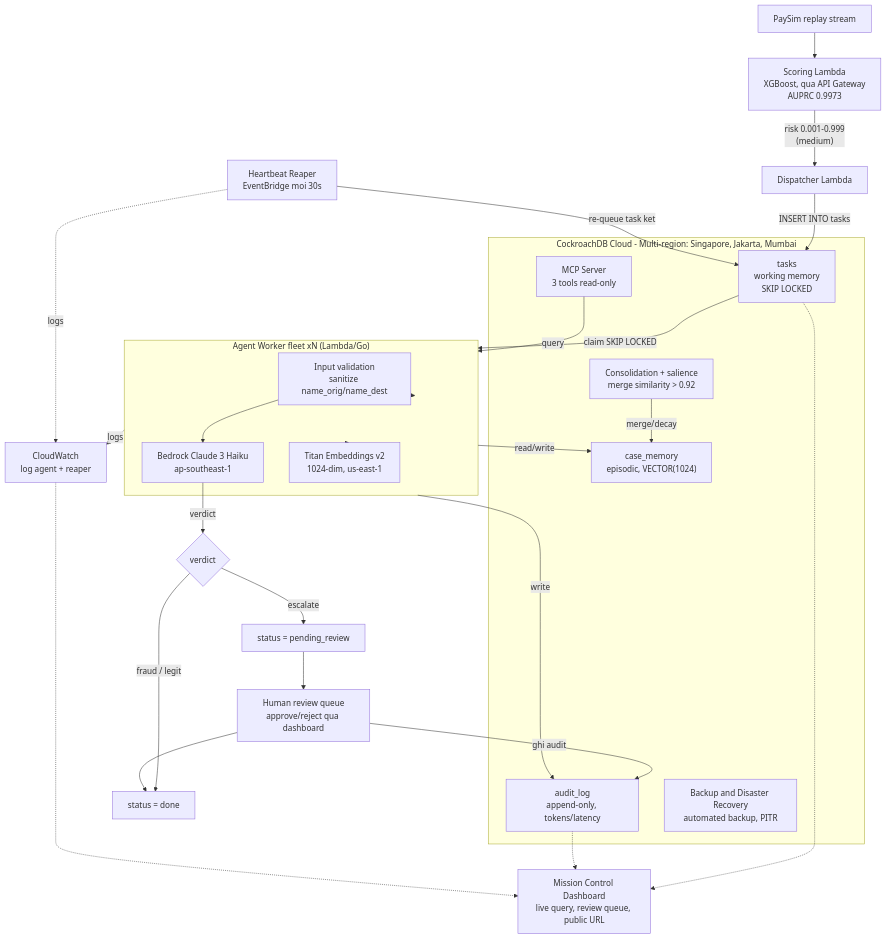
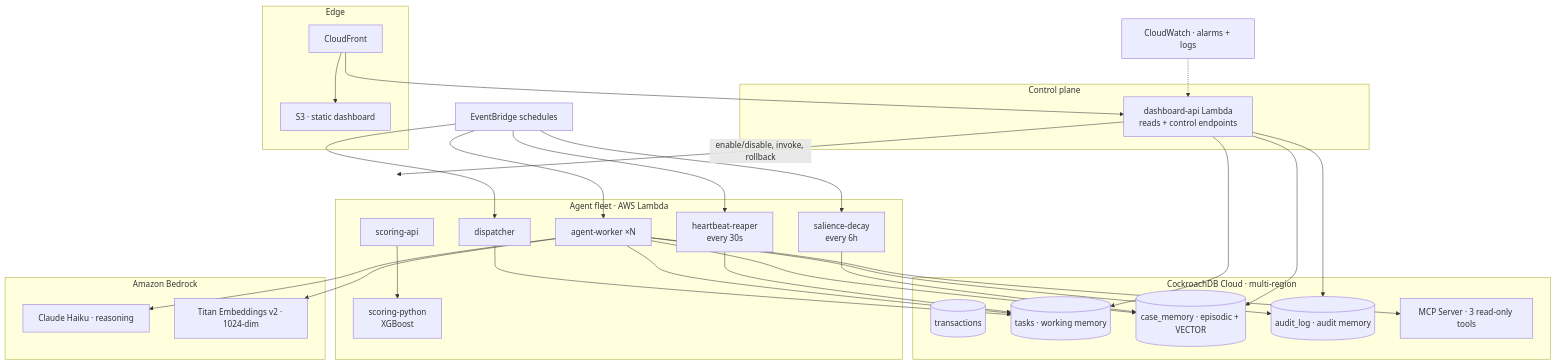
The second of 5 diagrams in README.md (lethingochan27925/hivemind), drawn with Mermaid before and after one commit. The commit also changed other lines of this file and 151 other files, not shown here.

Commit message:
ci: pipeline v2 (107 invariants); fix 502 + escalate root cause; memory lifecycle + UX pass

````diff
--- a/README.md
+++ b/README.md
@@ -90,54 +70,53 @@
 ```mermaid
 flowchart TD
-    Stream["PaySim replay stream"]
-    Scoring["Scoring Lambda<br/>XGBoost, qua API Gateway<br/>AUPRC 0.9973"]
-    Dispatcher["Dispatcher Lambda"]
-
-    Stream --> Scoring
-    Scoring -->|"risk 0.001-0.999<br/>(medium)"| Dispatcher
-
-    subgraph CRDB["CockroachDB Cloud - Multi-region: Singapore, Jakarta, Mumbai"]
-        Tasks["tasks<br/>working memory<br/>SKIP LOCKED"]
-        CaseMemory["case_memory<br/>episodic, VECTOR(1024)"]
-        AuditLog["audit_log<br/>append-only, tokens/latency"]
-        MCP["MCP Server<br/>3 tools read-only"]
-        Consolidation["Consolidation + salience<br/>merge similarity > 0.92"]
-        Backup["Backup and Disaster Recovery<br/>automated backup, PITR"]
+    subgraph EDGE["Edge"]
+        CF["CloudFront"] --> S3["S3 · static dashboard"]
     end
 
-    Dispatcher -->|"INSERT INTO tasks"| Tasks
-
-    subgraph Fleet["Agent Worker fleet xN (Lambda/Go)"]
-        Validate["Input validation<br/>sanitize name_orig/name_dest"]
-        Haiku["Bedrock Claude 3 Haiku<br/>ap-southeast-1"]
-        Titan["Titan Embeddings v2<br/>1024-dim, us-east-1"]
+    subgraph CP["Control plane"]
+        API["dashboard-api Lambda<br/>reads + control endpoints"]
     end
 
-    Tasks -->|"claim SKIP LOCKED"| Fleet
-    MCP -->|"query"| Fleet
-    Fleet --> Validate --> Haiku
-    Fleet --> Titan
-    Fleet -->|"read/write"| CaseMemory
-    Fleet -->|"write"| AuditLog
-    Consolidation -->|"merge/decay"| CaseMemory
+    subgraph FLEET["Agent fleet · AWS Lambda"]
+        SCA["scoring-api"]
+        SCP["scoring-python<br/>XGBoost"]
+        DIS["dispatcher"]
+        AW["agent-worker ×N"]
+        REA["heartbeat-reaper<br/>every 30s"]
+        DEC["salience-decay<br/>every 6h"]
+    end
 
-    Haiku -->|"verdict"| Decision{"verdict"}
-    Decision -->|"fraud / legit"| Done["status = done"]
-    Decision -->|"escalate"| Review["status = pending_review"]
+    subgraph CRDB["CockroachDB Cloud · multi-region"]
+        T[("transactions")]
+        TK[("tasks · working memory")]
+        CM[("case_memory · episodic + VECTOR")]
+        AL[("audit_log · audit memory")]
+        MCP["MCP Server · 3 read-only tools"]
+    end
 
-    Review --> ReviewQueue["Human review queue<br/>approve/reject qua dashboard"]
-    ReviewQueue -->|"ghi audit"| AuditLog
-    ReviewQueue --> Done
+    subgraph AI["Amazon Bedrock"]
+        HAIKU["Claude Haiku · reasoning"]
+        TITAN["Titan Embeddings v2 · 1024-dim"]
+    end
 
-    Reaper["Heartbeat Reaper<br/>EventBridge moi 30s"]
-    Reaper -->|"re-queue task ket"| Tasks
-
-    CloudWatch["CloudWatch<br/>log agent + reaper"]
-    Fleet -.->|"logs"| CloudWatch
-    Reaper -.->|"logs"| CloudWatch
-
-    Dashboard["Mission Control Dashboard<br/>live query, review queue, public URL"]
-    Tasks -.-> Dashboard
-    AuditLog -.-> Dashboard
-    CloudWatch -.-> Dashboard
+    CF --> API
+    API --> TK
+    API --> CM
+    API --> AL
+    API -->|"enable/disable, invoke, rollback"| FLEET
+    SCA --> SCP
+    DIS --> TK
+    AW --> TK
+    AW --> CM
+    AW --> AL
+    AW --> MCP
+    AW --> HAIKU
+    AW --> TITAN
+    REA --> TK
+    DEC --> CM
+    EB["EventBridge schedules"] --> DIS
+    EB --> AW
+    EB --> REA
+    EB --> DEC
+    CW["CloudWatch · alarms + logs"] -.-> API
 ```
````
